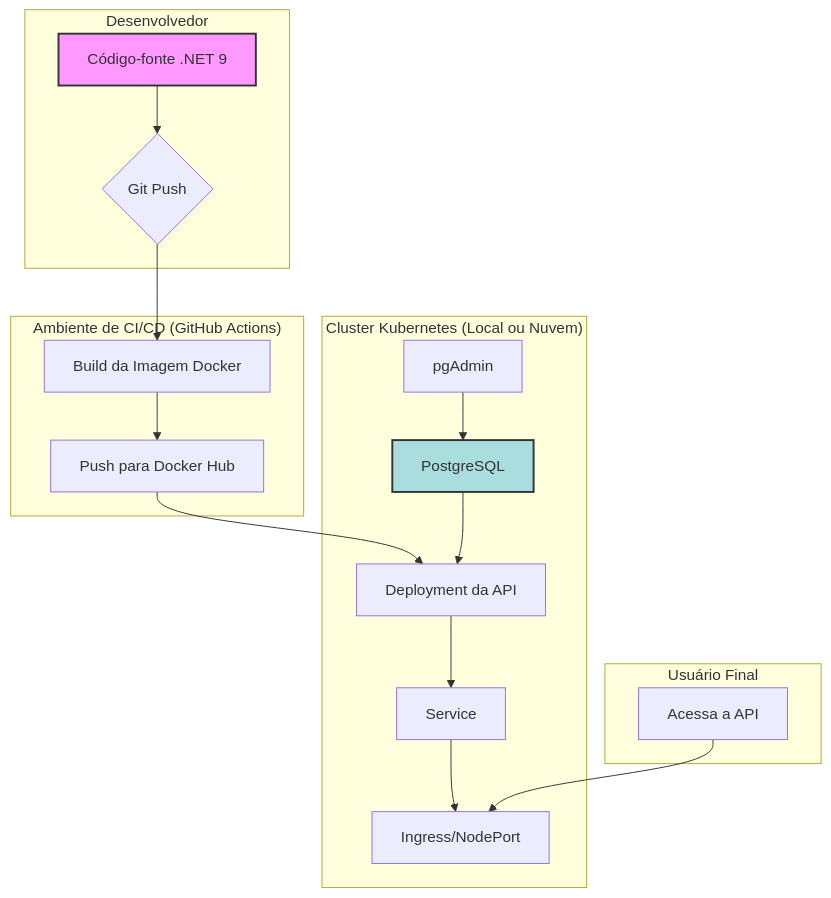
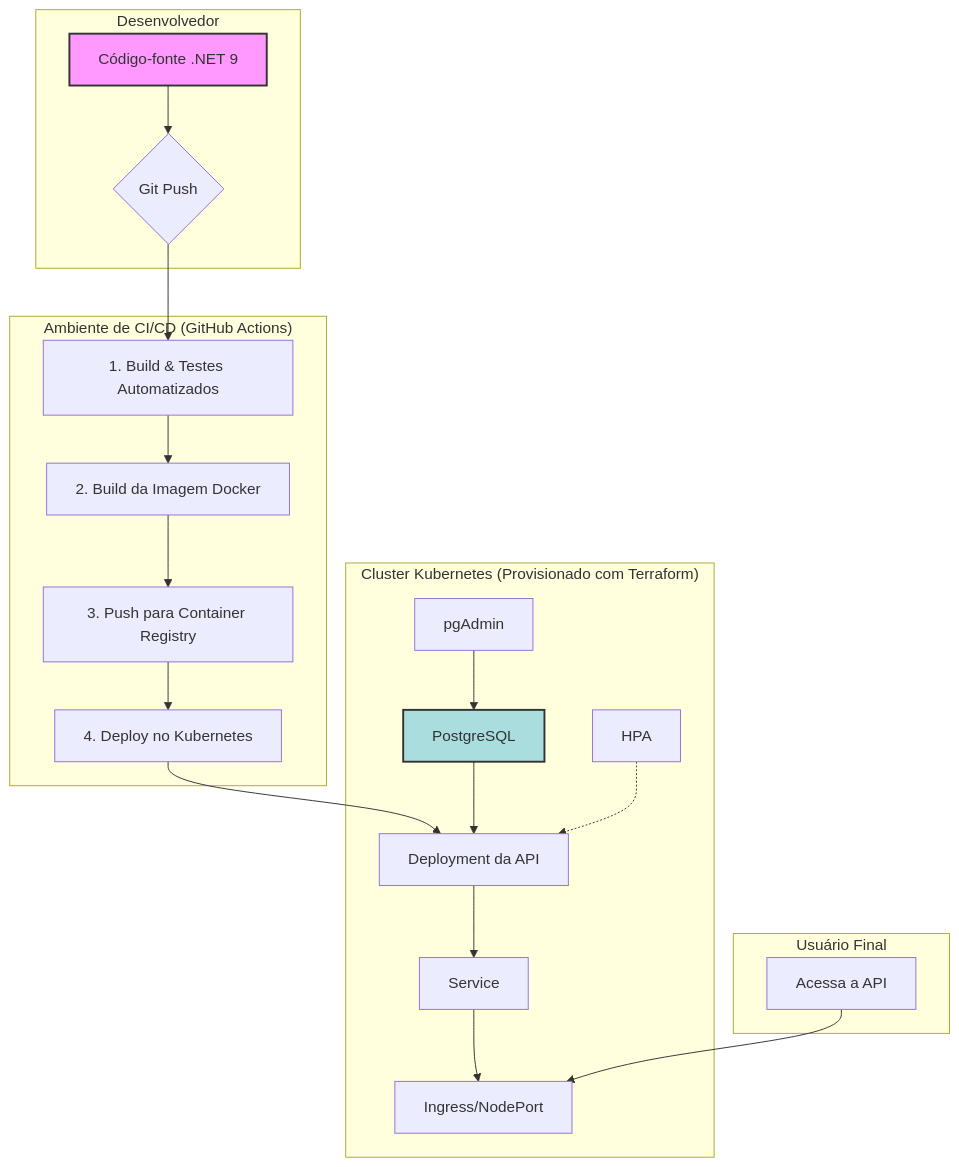
The diagram in README.md (LTeruyaQ/TechChallenge-SOAT1), drawn with Mermaid before and after one commit. The commit also changed other lines of this file, not shown here.

````diff
--- a/README.md
+++ b/README.md
@@ -27,26 +26,29 @@
 ```mermaid
 graph TD
     subgraph "Desenvolvedor"
         A[Código-fonte .NET 9] --> B{Git Push};
     end
 
     subgraph "Ambiente de CI/CD (GitHub Actions)"
-        B --> C[Build da Imagem Docker];
-        C --> D[Push para Docker Hub];
+        B --> C[1. Build & Testes Automatizados];
+        C --> D[2. Build da Imagem Docker];
+        D --> E[3. Push para Container Registry];
+        E --> F[4. Deploy no Kubernetes];
     end
 
-    subgraph "Cluster Kubernetes (Local ou Nuvem)"
-        D --> E[Deployment da API];
-        F[PostgreSQL] --> E;
-        G[pgAdmin] --> F;
-        E --> H[Service];
-        H --> I[Ingress/NodePort];
+    subgraph "Cluster Kubernetes (Provisionado com Terraform)"
+        F --> G[Deployment da API];
+        H[PostgreSQL] --> G;
+        I[pgAdmin] --> H;
+        G --> J[Service];
+        J --> K[Ingress/NodePort];
+        L[HPA] -.-> G;
     end
 
     subgraph "Usuário Final"
-        J[Acessa a API] --> I;
+        M[Acessa a API] --> K;
     end
 
     style A fill:#f9f,stroke:#333,stroke-width:2px
-    style F fill:#add,stroke:#333,stroke-width:2px
+    style H fill:#add,stroke:#333,stroke-width:2px
 ```
````
